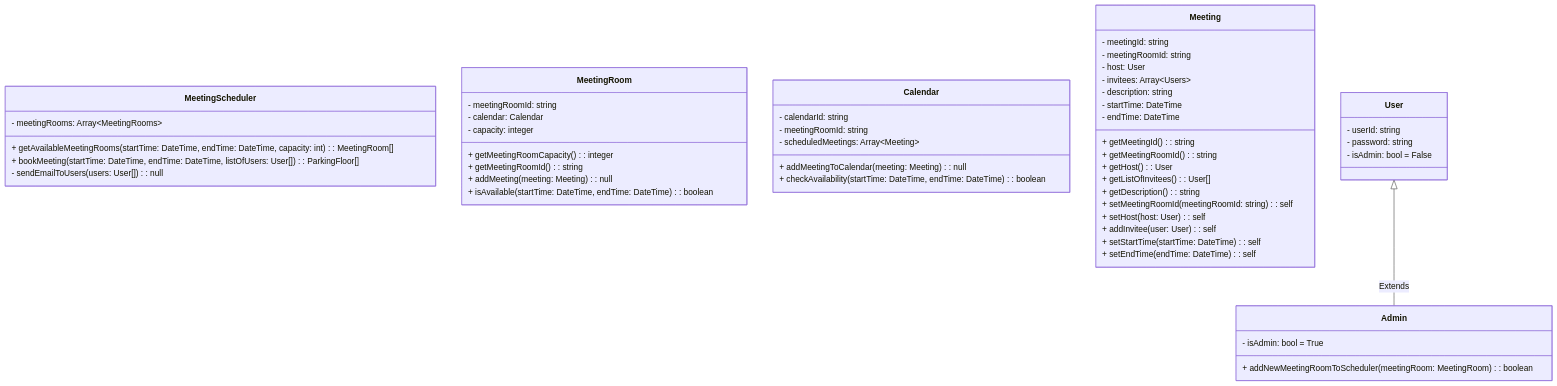
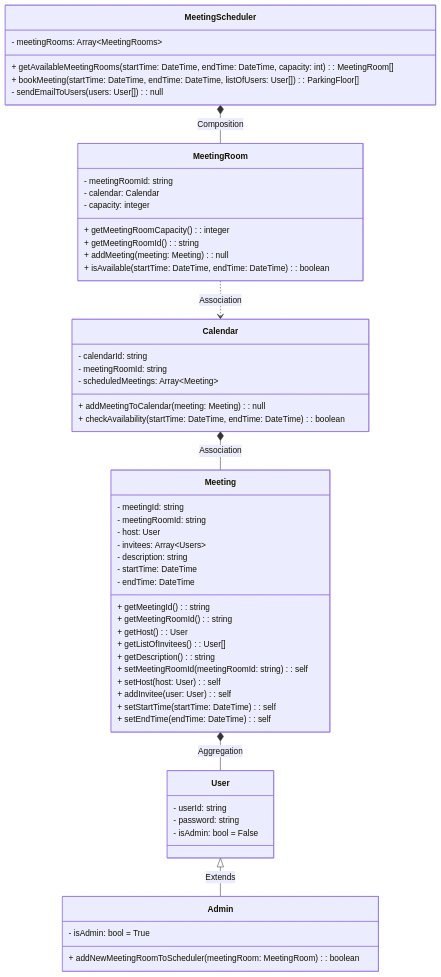
The diagram in MeetingScheduler/ReadMe.md (vinaycchndra/Python_LLDs), drawn with Mermaid before and after one commit.

Commit message:
updated the class diagram

````diff
--- a/MeetingScheduler/ReadMe.md
+++ b/MeetingScheduler/ReadMe.md
@@ -38,59 +38,69 @@
 ```mermaid
 classDiagram
     class MeetingScheduler{
     - meetingRooms: Array~MeetingRooms~
     + getAvailableMeetingRooms(startTime: DateTime, endTime: DateTime, capacity: int): MeetingRoom[]
     + bookMeeting(startTime: DateTime, endTime: DateTime, listOfUsers: User[]): ParkingFloor[]
     - sendEmailToUsers(users: User[]): null
     }
+
+    MeetingScheduler *-- MeetingRoom: Composition 
+
 
     class MeetingRoom{
         - meetingRoomId: string
         - calendar: Calendar
         - capacity: integer
         + getMeetingRoomCapacity(): integer
         + getMeetingRoomId(): string
         + addMeeting(meeting: Meeting): null
         + isAvailable(startTime: DateTime, endTime: DateTime): boolean
     }
+    
+    MeetingRoom ..> Calendar: Association
 
     class Calendar{
         - calendarId: string
         - meetingRoomId: string
         - scheduledMeetings: Array~Meeting~
         + addMeetingToCalendar(meeting: Meeting): null
         + checkAvailability(startTime: DateTime, endTime: DateTime): boolean
     }
 
+    Calendar *-- Meeting: Association
+    
     class Meeting{
         - meetingId: string
         - meetingRoomId: string
         - host: User
         - invitees: Array~Users~
         - description: string
         - startTime: DateTime
         - endTime: DateTime
         + getMeetingId(): string
         + getMeetingRoomId(): string
         + getHost(): User
         + getListOfInvitees(): User[]
         + getDescription(): string
         + setMeetingRoomId(meetingRoomId: string): self
         + setHost(host: User): self
         + addInvitee(user: User): self
         + setStartTime(startTime: DateTime): self
         + setEndTime(endTime: DateTime): self
     }
 
+    Meeting *-- User: Aggregation
+    
     class User{
         - userId: string
         - password: string
         - isAdmin: bool = False
     }
-    User <|-- Admin: Extends 
+
+    User <|-- Admin: Extends
     
     class Admin{
         - isAdmin: bool = True
         + addNewMeetingRoomToScheduler(meetingRoom: MeetingRoom): boolean
     }
 ```
````
